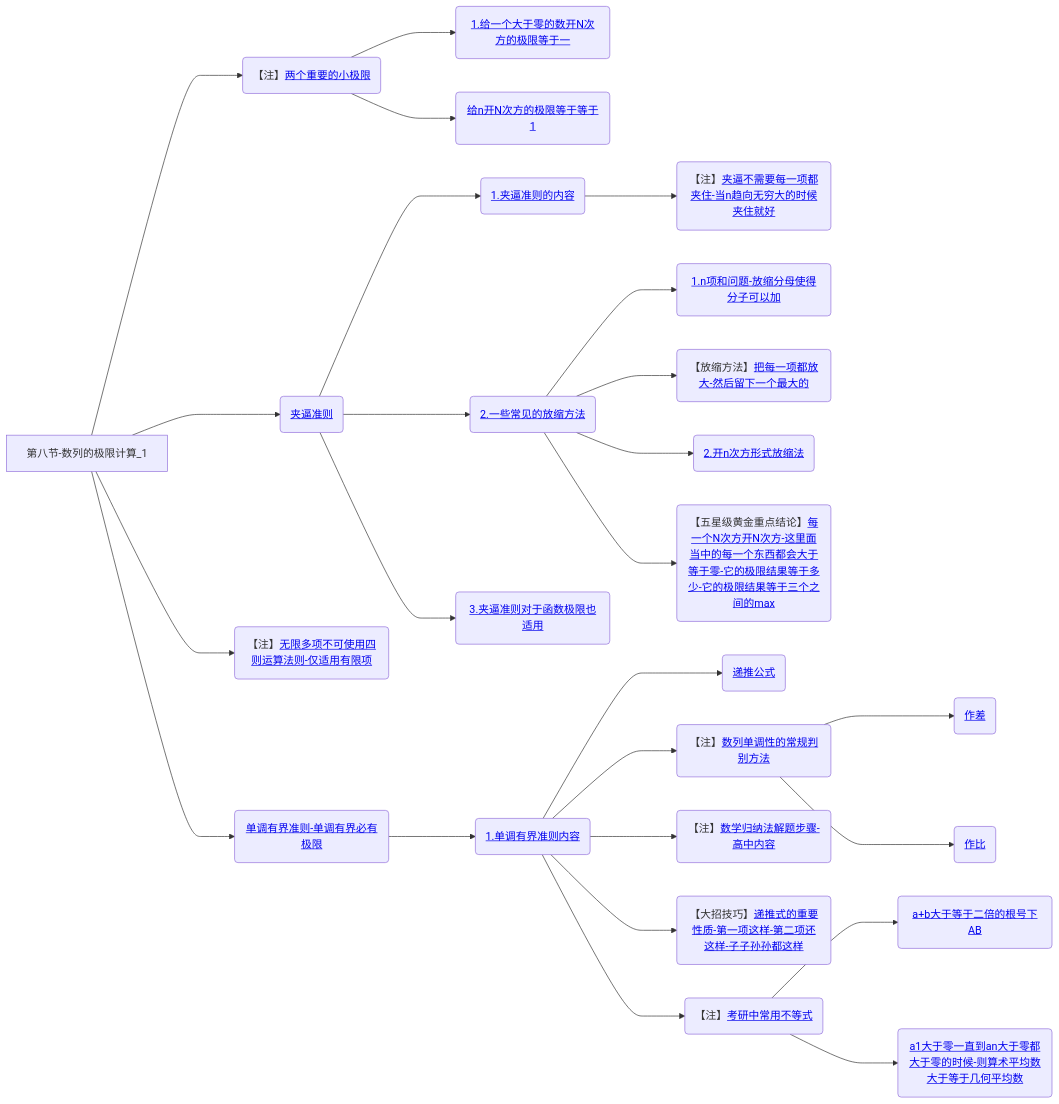
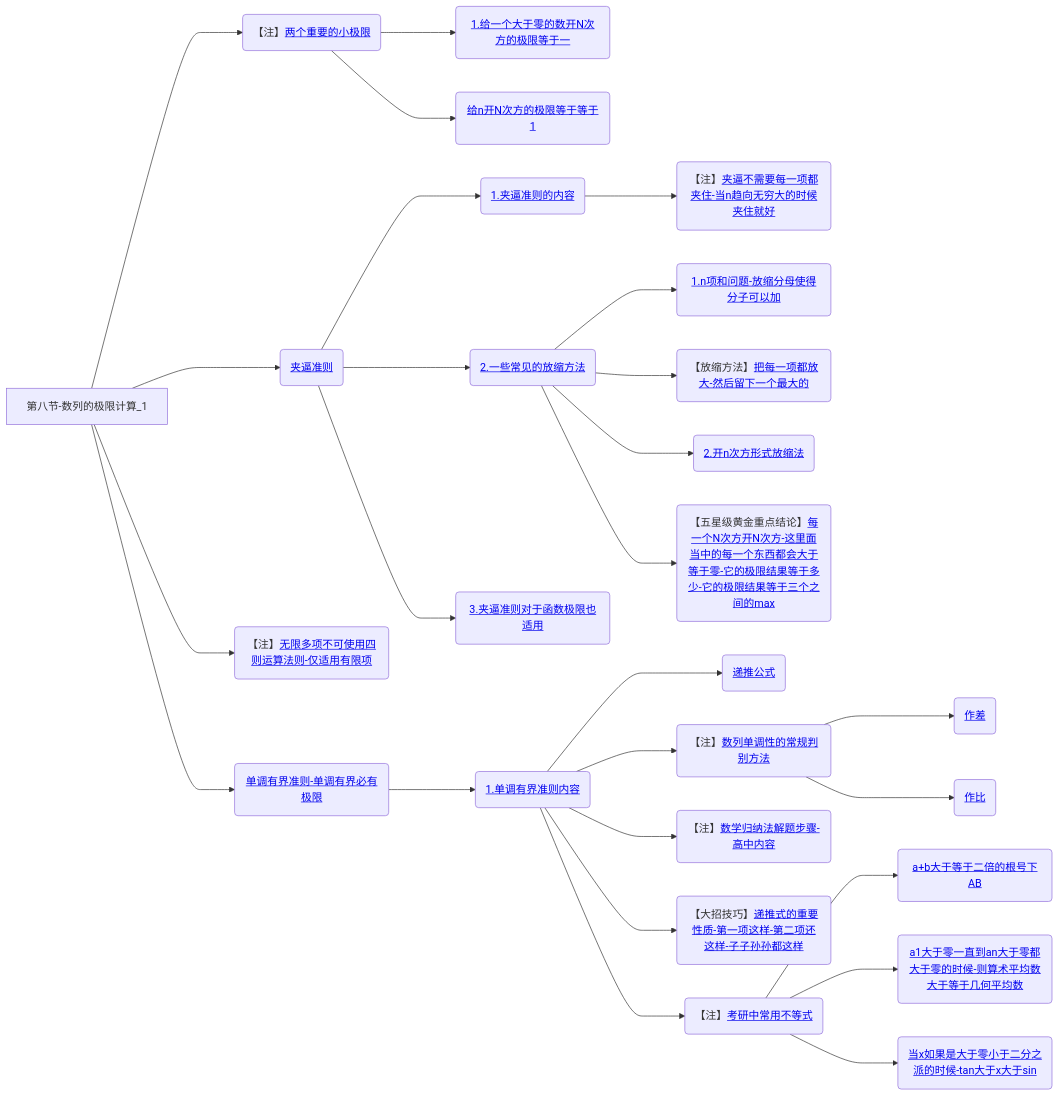
The eighth of 8 diagrams in 笔记/数学/周洋鑫/01.基础班思维导图.md (yuebinghui/note), drawn with Mermaid before and after one commit. The commit also changed 5 other files, not shown here.

````diff
--- a/笔记/数学/周洋鑫/01.基础班思维导图.md
+++ b/笔记/数学/周洋鑫/01.基础班思维导图.md
@@ -311,35 +311,36 @@
 ```mermaid
 graph LR
 第八节-数列的极限计算_1
 
 第八节-数列的极限计算_1--->两个重要的小极限(【注】<a href="/Users/yuebinghui/Documents/program/github/note/笔记/数学/周洋鑫/基础班/08.数列的极限计算_1.md#两个重要的小极限">两个重要的小极限</>)
 两个重要的小极限--->1.给一个大于零的数开N次方的极限等于一(<a href="/Users/yuebinghui/Documents/program/github/note/笔记/数学/周洋鑫/基础班/08.数列的极限计算_1.md#1.给一个大于零的数开N次方的极限等于一">1.给一个大于零的数开N次方的极限等于一</>)
 两个重要的小极限--->给n开N次方的极限等于等于1(<a href="/Users/yuebinghui/Documents/program/github/note/笔记/数学/周洋鑫/基础班/08.数列的极限计算_1.md#给n开N次方的极限等于等于1">给n开N次方的极限等于等于1</>)
 
 第八节-数列的极限计算_1--->夹逼准则(<a href="/Users/yuebinghui/Documents/program/github/note/笔记/数学/周洋鑫/基础班/08.数列的极限计算_1.md#夹逼准则">夹逼准则</>)
 夹逼准则--->1.夹逼准则的内容(<a href="/Users/yuebinghui/Documents/program/github/note/笔记/数学/周洋鑫/基础班/08.数列的极限计算_1.md#1.夹逼准则的内容">1.夹逼准则的内容</>)
 1.夹逼准则的内容--->夹逼不需要每一项都夹住-当n趋向无穷大的时候夹住就好(【注】<a href="/Users/yuebinghui/Documents/program/github/note/笔记/数学/周洋鑫/基础班/08.数列的极限计算_1.md#夹逼不需要每一项都夹住-当n趋向无穷大的时候夹住就好">夹逼不需要每一项都夹住-当n趋向无穷大的时候夹住就好</>)
 
 第八节-数列的极限计算_1--->无限多项不可使用四则运算法则-仅适用有限项(【注】<a href="/Users/yuebinghui/Documents/program/github/note/笔记/数学/周洋鑫/基础班/08.数列的极限计算_1.md#无限多项不可使用四则运算法则-仅适用有限项">无限多项不可使用四则运算法则-仅适用有限项</>)
 
 夹逼准则--->2.一些常见的放缩方法(<a href="/Users/yuebinghui/Documents/program/github/note/笔记/数学/周洋鑫/基础班/08.数列的极限计算_1.md#2.一些常见的放缩方法">2.一些常见的放缩方法</>)
 2.一些常见的放缩方法--->1.n项和问题-放缩分母使得分子可以加(<a href="/Users/yuebinghui/Documents/program/github/note/笔记/数学/周洋鑫/基础班/08.数列的极限计算_1.md#1.n项和问题-放缩分母使得分子可以加">1.n项和问题-放缩分母使得分子可以加</>)
 2.一些常见的放缩方法--->把每一项都放大-然后留下一个最大的(【放缩方法】<a href="/Users/yuebinghui/Documents/program/github/note/笔记/数学/周洋鑫/基础班/08.数列的极限计算_1.md#把每一项都放大-然后留下一个最大的">把每一项都放大-然后留下一个最大的</>)
 2.一些常见的放缩方法--->2.开n次方形式放缩法(<a href="/Users/yuebinghui/Documents/program/github/note/笔记/数学/周洋鑫/基础班/08.数列的极限计算_1.md#2.开n次方形式放缩法">2.开n次方形式放缩法</>)
 2.一些常见的放缩方法--->每一个N次方开N次方-这里面当中的每一个东西都会大于等于零-它的极限结果等于多少-它的极限结果等于三个之间的max(【五星级黄金重点结论】<a href="/Users/yuebinghui/Documents/program/github/note/笔记/数学/周洋鑫/基础班/08.数列的极限计算_1.md#每一个N次方开N次方-这里面当中的每一个东西都会大于等于零-它的极限结果等于多少-它的极限结果等于三个之间的max">每一个N次方开N次方-这里面当中的每一个东西都会大于等于零-它的极限结果等于多少-它的极限结果等于三个之间的max</>)
 
 夹逼准则--->3.夹逼准则对于函数极限也适用(<a href="/Users/yuebinghui/Documents/program/github/note/笔记/数学/周洋鑫/基础班/08.数列的极限计算_1.md#3.夹逼准则对于函数极限也适用">3.夹逼准则对于函数极限也适用</>)
 
 第八节-数列的极限计算_1--->单调有界准则-单调有界必有极限(<a href="/Users/yuebinghui/Documents/program/github/note/笔记/数学/周洋鑫/基础班/08.数列的极限计算_1.md#单调有界准则-单调有界必有极限">单调有界准则-单调有界必有极限</>)
 单调有界准则-单调有界必有极限--->1.单调有界准则内容(<a href="/Users/yuebinghui/Documents/program/github/note/笔记/数学/周洋鑫/基础班/08.数列的极限计算_1.md#1.单调有界准则内容">1.单调有界准则内容</>)
 1.单调有界准则内容--->递推公式(<a href="/Users/yuebinghui/Documents/program/github/note/笔记/数学/周洋鑫/基础班/08.数列的极限计算_1.md#递推公式">递推公式</>)
 1.单调有界准则内容--->数列单调性的常规判别方法(【注】<a href="/Users/yuebinghui/Documents/program/github/note/笔记/数学/周洋鑫/基础班/08.数列的极限计算_1.md#数列单调性的常规判别方法">数列单调性的常规判别方法</>)
 数列单调性的常规判别方法--->作差(<a href="/Users/yuebinghui/Documents/program/github/note/笔记/数学/周洋鑫/基础班/08.数列的极限计算_1.md#作差">作差</>)
 数列单调性的常规判别方法--->作比(<a href="/Users/yuebinghui/Documents/program/github/note/笔记/数学/周洋鑫/基础班/08.数列的极限计算_1.md#作比">作比</>)
 1.单调有界准则内容--->数学归纳法解题步骤-高中内容(【注】<a href="/Users/yuebinghui/Documents/program/github/note/笔记/数学/周洋鑫/基础班/08.数列的极限计算_1.md#数学归纳法解题步骤-高中内容">数学归纳法解题步骤-高中内容</>)
 1.单调有界准则内容--->递推式的重要性质-第一项这样-第二项还这样-子子孙孙都这样(【大招技巧】<a href="/Users/yuebinghui/Documents/program/github/note/笔记/数学/周洋鑫/基础班/08.数列的极限计算_1.md#递推式的重要性质-第一项这样-第二项还这样-子子孙孙都这样">递推式的重要性质-第一项这样-第二项还这样-子子孙孙都这样</>)
 1.单调有界准则内容--->考研中常用不等式(【注】<a href="/Users/yuebinghui/Documents/program/github/note/笔记/数学/周洋鑫/基础班/08.数列的极限计算_1.md#考研中常用不等式">考研中常用不等式</>)
 考研中常用不等式--->a+b大于等于二倍的根号下AB(<a href="/Users/yuebinghui/Documents/program/github/note/笔记/数学/周洋鑫/基础班/08.数列的极限计算_1.md#a+b大于等于二倍的根号下AB">a+b大于等于二倍的根号下AB</>)
 考研中常用不等式--->a1大于零一直到an大于零都大于零的时候-则算术平均数大于等于几何平均数(<a href="/Users/yuebinghui/Documents/program/github/note/笔记/数学/周洋鑫/基础班/08.数列的极限计算_1.md#a1大于零一直到an大于零都大于零的时候-则算术平均数大于等于几何平均数">a1大于零一直到an大于零都大于零的时候-则算术平均数大于等于几何平均数</>)
+考研中常用不等式--->当x如果是大于零小于二分之派的时候-tan大于x大于sin(<a href="/Users/yuebinghui/Documents/program/github/note/笔记/数学/周洋鑫/基础班/08.数列的极限计算_1.md#当x如果是大于零小于二分之派的时候-tan大于x大于sin">当x如果是大于零小于二分之派的时候-tan大于x大于sin</>)
 
 ```
````
